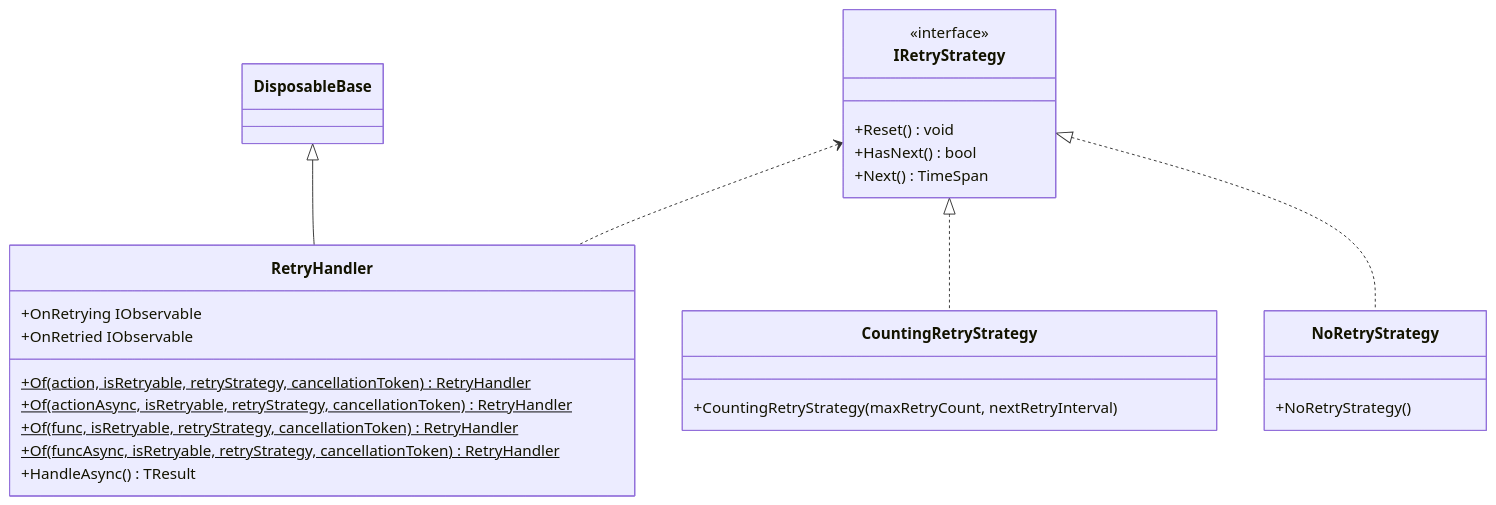
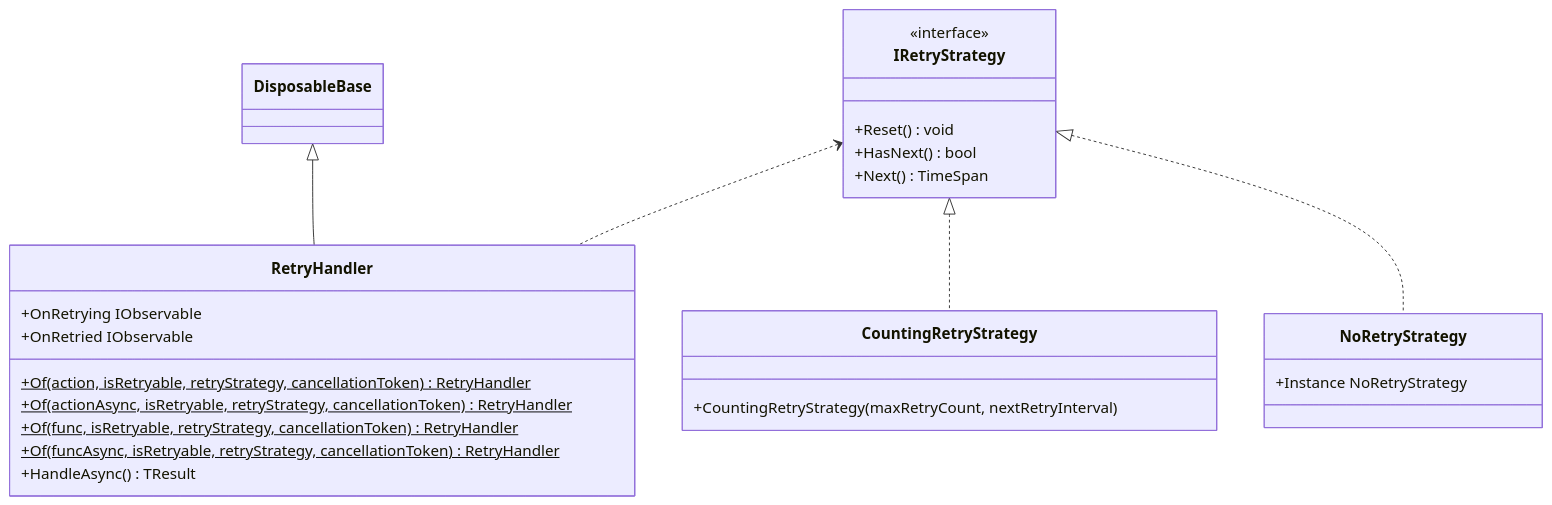
Before and after one commit to extreal-dev/Extreal.Guide: the second of 2 diagrams in docs/core/common.md, drawn with Mermaid. The commit also changed 1 other file, not shown here.

Commit message:
Fix class diagram for retry

````diff
--- a/docs/core/common.md
+++ b/docs/core/common.md
@@ -47,36 +47,36 @@
 ```mermaid
 classDiagram
 
     DisposableBase <|-- RetryHandler
     IRetryStrategy <.. RetryHandler
     IRetryStrategy <|.. CountingRetryStrategy
     IRetryStrategy <|.. NoRetryStrategy
 
     class DisposableBase {
     }
 
     class RetryHandler {
         +OnRetrying IObservable
         +OnRetried IObservable
         +Of(action, isRetryable, retryStrategy, cancellationToken)$ RetryHandler
         +Of(actionAsync, isRetryable, retryStrategy, cancellationToken)$ RetryHandler
         +Of(func, isRetryable, retryStrategy, cancellationToken)$ RetryHandler
         +Of(funcAsync, isRetryable, retryStrategy, cancellationToken)$ RetryHandler
         +HandleAsync() TResult
     }
     
     class IRetryStrategy {
         <<interface>>
         +Reset() void
         +HasNext() bool
         +Next() TimeSpan
     }
     
     class CountingRetryStrategy {
         +CountingRetryStrategy(maxRetryCount, nextRetryInterval)
     }
     
     class NoRetryStrategy {
-        +NoRetryStrategy()
+        +Instance NoRetryStrategy
     }
 ```
````
